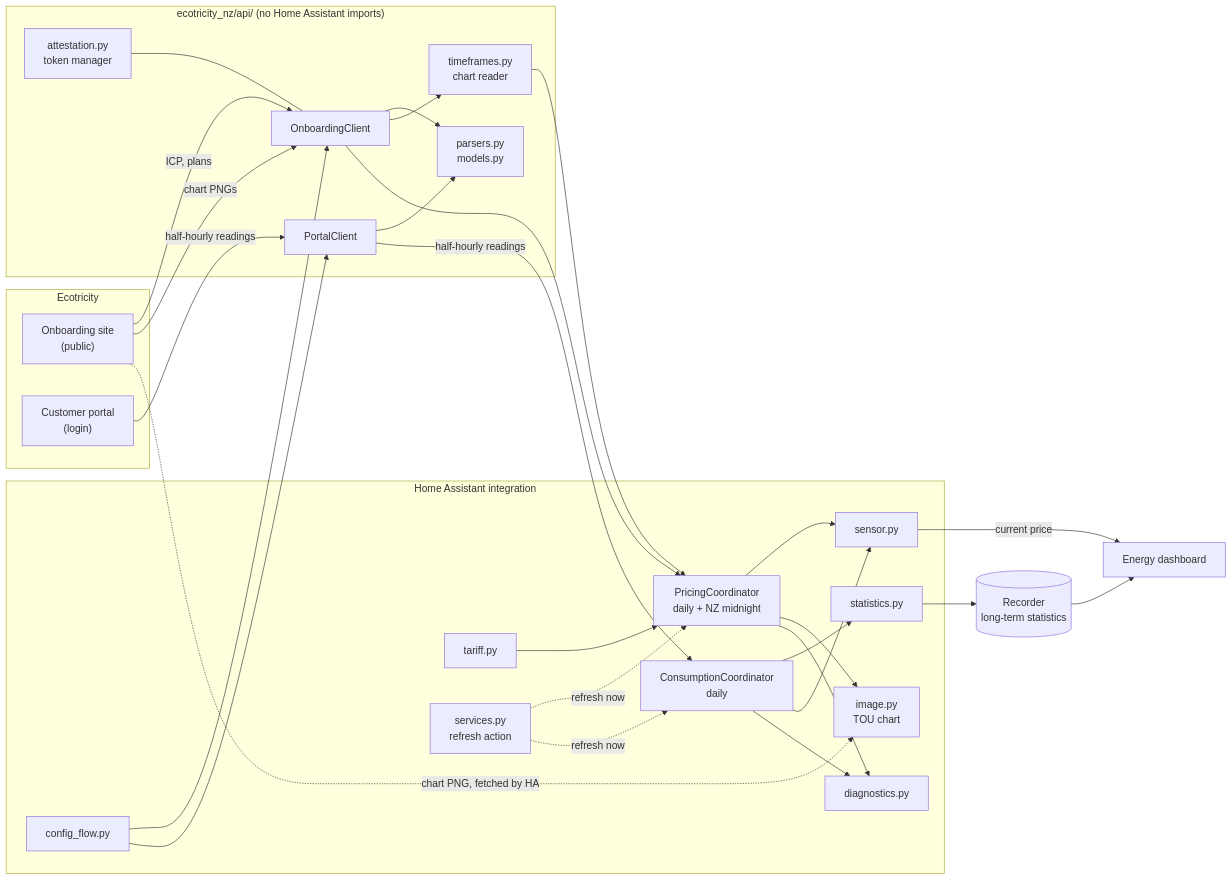
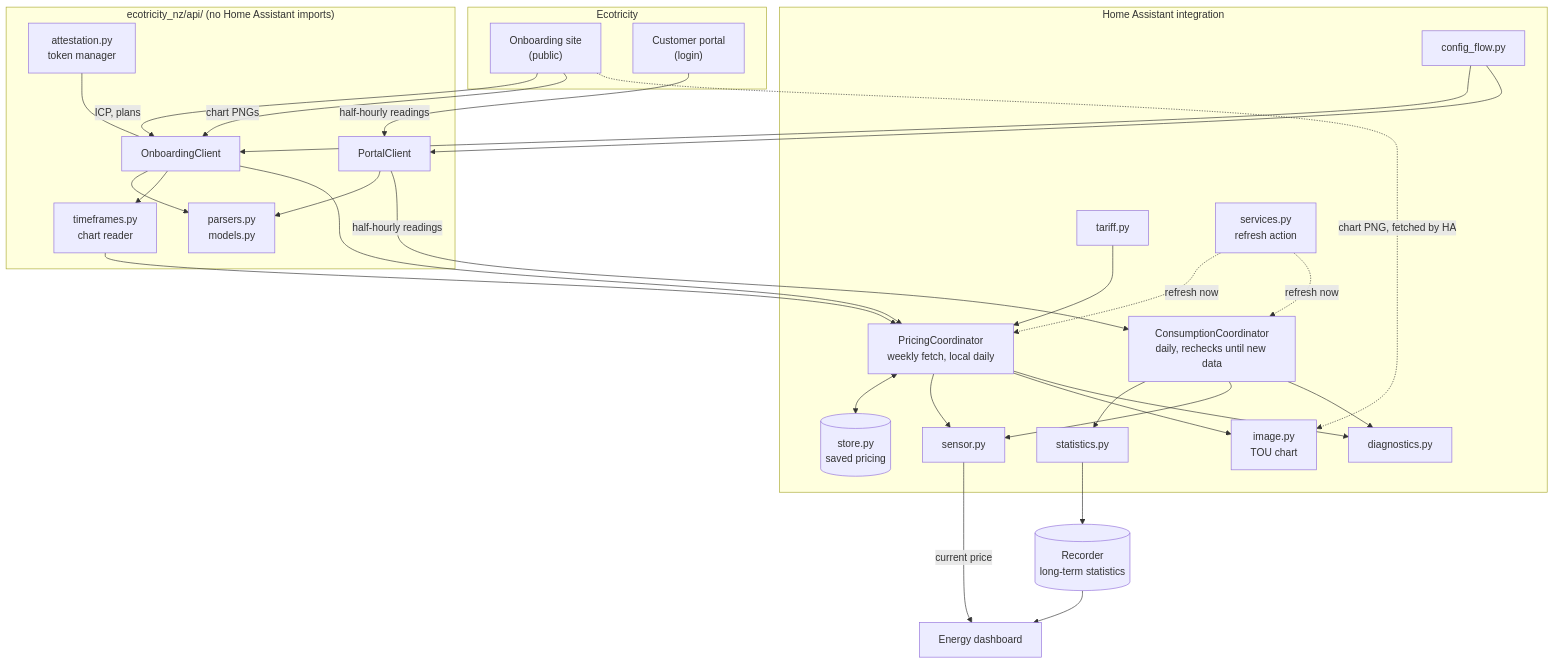
The first of 4 diagrams in docs/architecture.md (rhyskoedijk/ha-ecotricity-nz), drawn with Mermaid before and after one commit. The commit also changed other lines of this file and 21 other files, not shown here.

````diff
--- a/docs/architecture.md
+++ b/docs/architecture.md
@@ -7,55 +7,58 @@
 ```mermaid
-flowchart LR
+flowchart TB
+
     subgraph Ecotricity
         OB["Onboarding site<br/>(public)"]
         PT["Customer portal<br/>(login)"]
     end
 
     subgraph api["ecotricity_nz/api/ (no Home Assistant imports)"]
         AT["attestation.py<br/>token manager"]
         OC["OnboardingClient"]
         PC["PortalClient"]
         TF["timeframes.py<br/>chart reader"]
         PA["parsers.py<br/>models.py"]
     end
 
     subgraph ha["Home Assistant integration"]
         CF["config_flow.py"]
-        PCO["PricingCoordinator<br/>daily + NZ midnight"]
-        CCO["ConsumptionCoordinator<br/>daily"]
+        PCO["PricingCoordinator<br/>weekly fetch, local daily"]
+        PS[("store.py<br/>saved pricing")]
+        CCO["ConsumptionCoordinator<br/>daily, rechecks until new data"]
         TA["tariff.py"]
         ST["statistics.py"]
         SE["sensor.py"]
         IM["image.py<br/>TOU chart"]
         DG["diagnostics.py"]
         SV["services.py<br/>refresh action"]
     end
 
     REC[("Recorder<br/>long-term statistics")]
     EN["Energy dashboard"]
 
     OB -- "ICP, plans" --> OC
     OB -- "chart PNGs" --> OC
     AT --- OC
     PT -- "half-hourly readings" --> PC
     OC --> PA
     PC --> PA
     OC --> TF
 
     CF --> OC
     CF --> PC
     OC --> PCO
+    PCO <--> PS
     TF --> PCO
     TA --> PCO
     PC -- "half-hourly readings" --> CCO
     CCO --> ST --> REC --> EN
     PCO --> SE
     PCO --> IM
     OB -. "chart PNG, fetched by HA" .-> IM
     CCO --> SE
     SE -- "current price" --> EN
     PCO --> DG
     CCO --> DG
     SV -. "refresh now" .-> PCO
     SV -. "refresh now" .-> CCO
 ```
````
